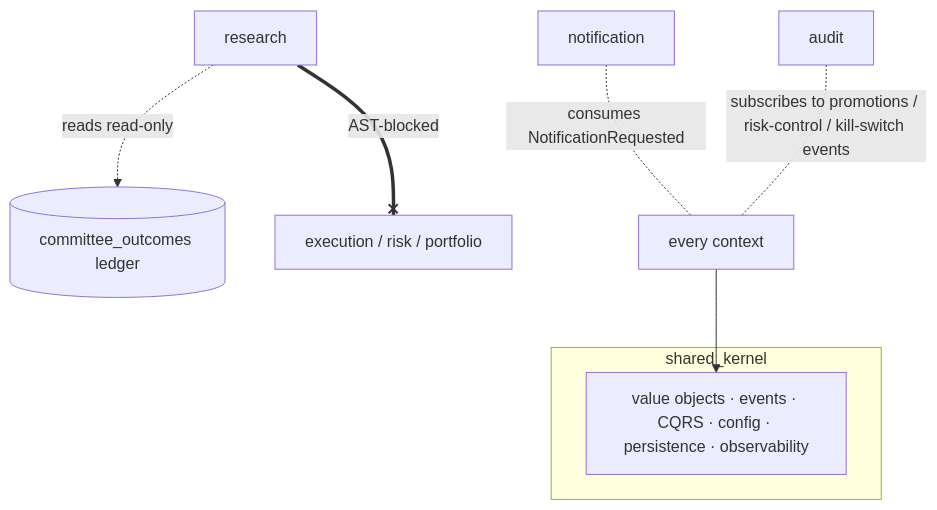
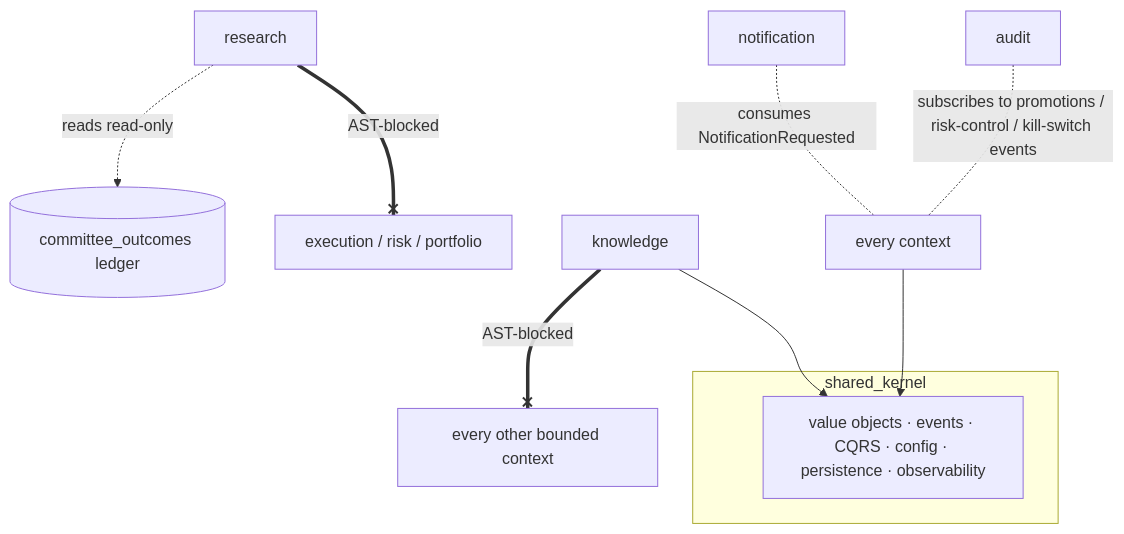
The third of 3 diagrams in docs/architecture.md (jlin80/Hades), drawn with Mermaid before and after one commit. The commit also changed other lines of this file and 54 other files, not shown here.

````diff
--- a/docs/architecture.md
+++ b/docs/architecture.md
@@ -111,13 +136,16 @@
 ```mermaid
 flowchart TD
     subgraph SharedKernel[shared_kernel]
         SK[value objects · events · CQRS · config · persistence · observability]
     end
 
     RES[research] -. reads read-only .-> LEDGER[(committee_outcomes ledger)]
     RES == AST-blocked ==x EXEC[execution / risk / portfolio]
 
+    KN[knowledge] == AST-blocked ==x ANY[every other bounded context]
+    KN --> SK
+
     ALL[every context] --> SK
     NOTIF[notification] -. consumes NotificationRequested .- ALL
     AUDIT[audit] -. subscribes to promotions / risk-control / kill-switch events .- ALL
 ```
````
